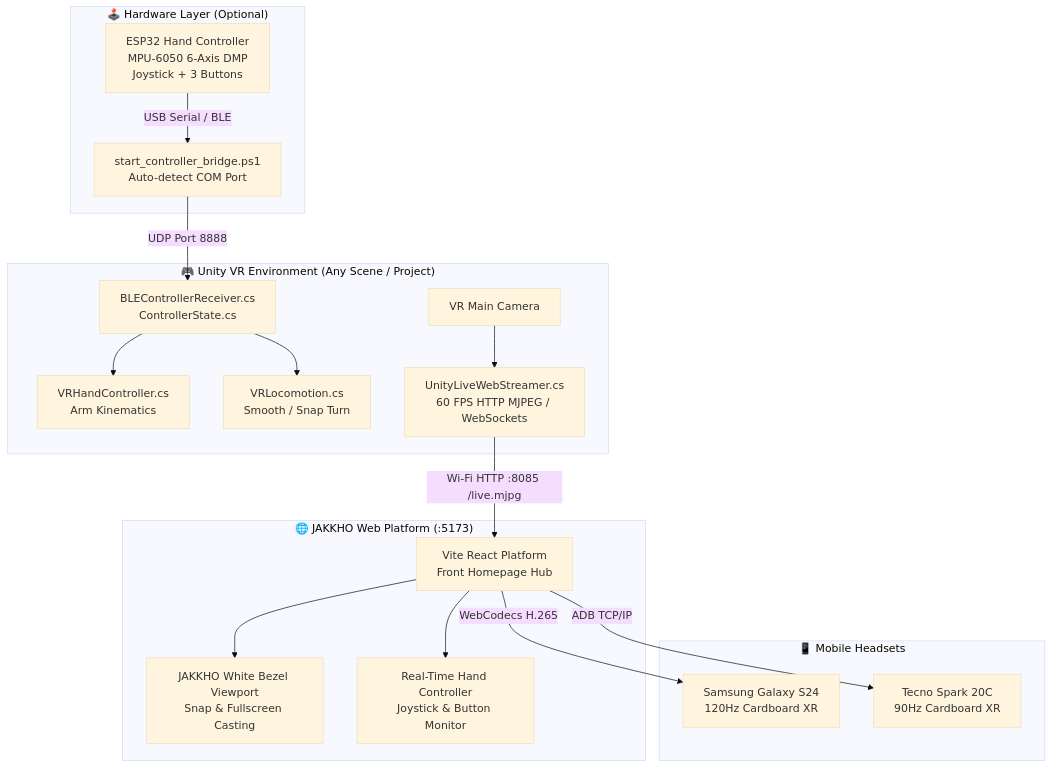
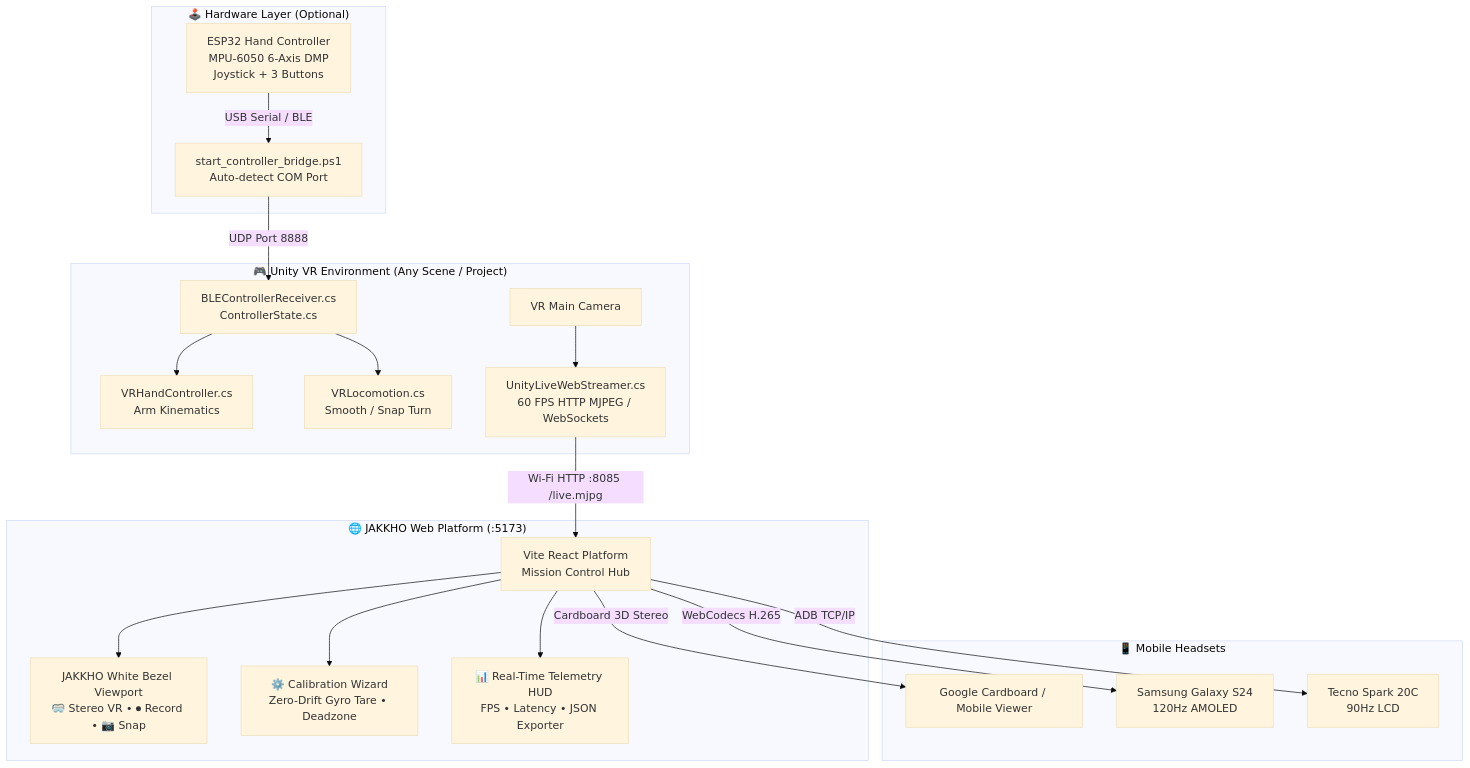
One commit to Arno-1710/Jakkho-VR changed the diagram in README.md. Above: the diagram before and after it, drawn with Mermaid (base theme). The commit also changed other lines of this file and 2 other files, not shown here.

Commit message:
feat(part-2): add direct stereo cardboard VR mode, live video session recorder, and calibration telemetry wizard

````diff
--- a/README.md
+++ b/README.md
@@ -24,24 +28,26 @@
 ```mermaid
 flowchart TD
     subgraph Hardware ["🕹️ Hardware Layer (Optional)"]
         ESP[ESP32 Hand Controller\nMPU-6050 6-Axis DMP\nJoystick + 3 Buttons] -->|USB Serial / BLE| Bridge[start_controller_bridge.ps1\nAuto-detect COM Port]
     end
 
     subgraph Unity ["🎮 Unity VR Environment (Any Scene / Project)"]
         Bridge -->|UDP Port 8888| Receiver[BLEControllerReceiver.cs\nControllerState.cs]
         Receiver --> Hand[VRHandController.cs\nArm Kinematics]
         Receiver --> Locomotion[VRLocomotion.cs\nSmooth / Snap Turn]
         Camera[VR Main Camera] --> Streamer[UnityLiveWebStreamer.cs\n60 FPS HTTP MJPEG / WebSockets]
     end
 
     subgraph Web ["🌐 JAKKHO Web Platform (:5173)"]
-        Streamer -->|Wi-Fi HTTP :8085 /live.mjpg| WebUI[Vite React Platform\nFront Homepage Hub]
-        WebUI --> Frame[JAKKHO White Bezel Viewport\nSnap & Fullscreen Casting]
-        WebUI --> Telemetry[Real-Time Hand Controller\nJoystick & Button Monitor]
+        Streamer -->|Wi-Fi HTTP :8085 /live.mjpg| WebUI[Vite React Platform\nMission Control Hub]
+        WebUI --> Frame[JAKKHO White Bezel Viewport\n🥽 Stereo VR • ⏺ Record • 📷 Snap]
+        WebUI --> Calib[⚙️ Calibration Wizard\nZero-Drift Gyro Tare • Deadzone]
+        WebUI --> Telemetry[📊 Real-Time Telemetry HUD\nFPS • Latency • JSON Exporter]
     end
 
     subgraph Mobile ["📱 Mobile Headsets"]
-        WebUI -->|WebCodecs H.265| S24[Samsung Galaxy S24\n120Hz Cardboard XR]
-        WebUI -->|ADB TCP/IP| Spark[Tecno Spark 20C\n90Hz Cardboard XR]
+        WebUI -->|Cardboard 3D Stereo| CB[Google Cardboard / Mobile Viewer]
+        WebUI -->|WebCodecs H.265| S24[Samsung Galaxy S24\n120Hz AMOLED]
+        WebUI -->|ADB TCP/IP| Spark[Tecno Spark 20C\n90Hz LCD]
     end
 ```
````
